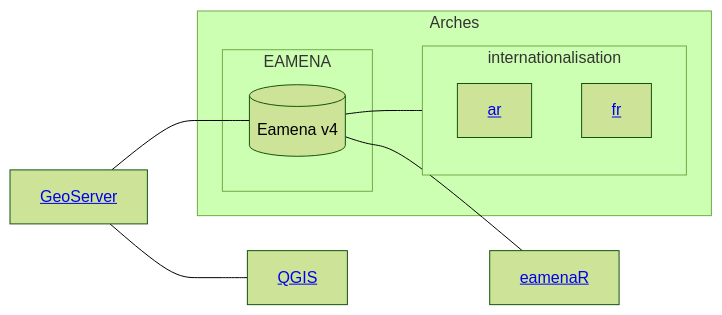
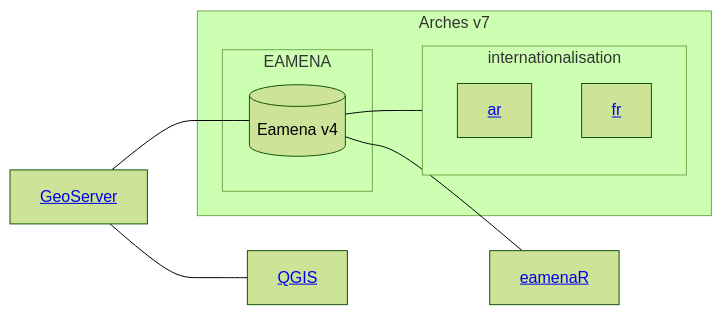
Before and after one commit to eamena-project/eamena-arches-dev: the first of 2 diagrams in training/README.md, drawn with Mermaid (forest theme).

````diff
--- a/training/README.md
+++ b/training/README.md
@@ -16,16 +16,16 @@
 ```mermaid
 flowchart LR
-  subgraph Arches
+  subgraph Arches v7
     subgraph EAMENA
     ea[(Eamena v4)]
     end
     subgraph internationalisation
       id6[<a href='https://github.com/archesproject/arches/blob/master/arches/locale/ar/LC_MESSAGES/django.po'>ar</a>];
       id7[<a href='https://github.com/archesproject/arches/blob/master/arches/locale/fr/LC_MESSAGES/django.po'>fr</a>];
     end 
   end
   id3[<a href='https://github.com/eamena-project/eamena-arches-dev/tree/main/geoserver'>GeoServer</a>] --- ea;
   id3 --- id4[<a href='https://github.com/eamena-project/eamena-arches-dev/tree/main/gis/qgis'>QGIS</a>];
   ea --- id5[<a href='https://github.com/eamena-project/eamenaR'>eamenaR</a>];
   ea --- internationalisation
 ```
````
